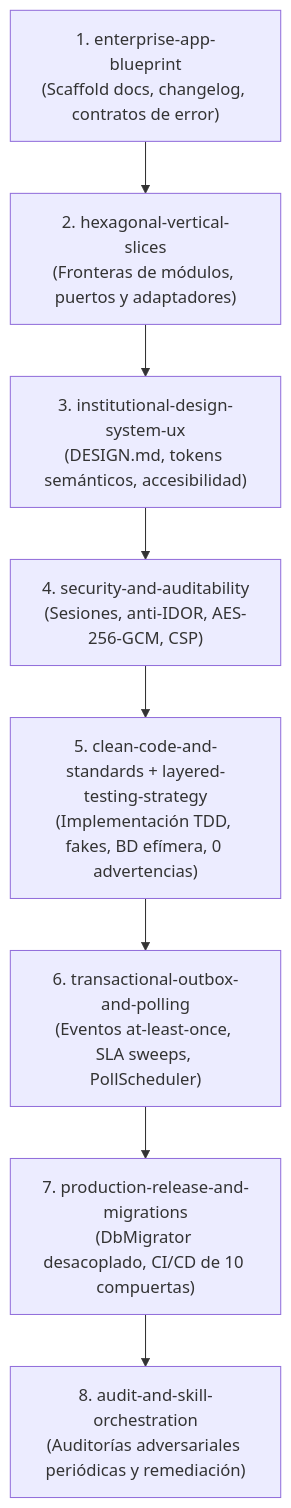
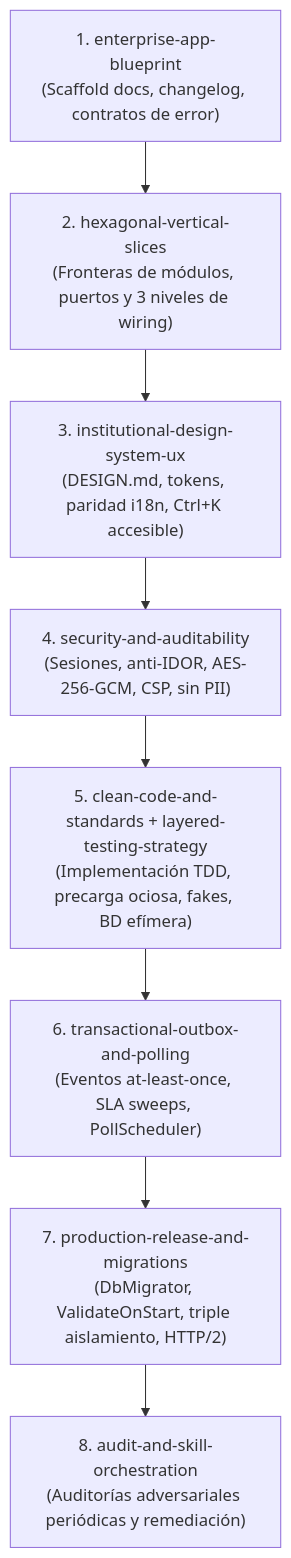
The diagram in README.md (CarlosGallardoA/Enterprise-application-software-EAS-), drawn with Mermaid before and after one commit. The commit also changed other lines of this file and 7 other files, not shown here.

````diff
--- a/README.md
+++ b/README.md
@@ -173,10 +192,10 @@
 ```mermaid
 flowchart TD
-    A["1. enterprise-app-blueprint<br/>(Scaffold docs, changelog, contratos de error)"] --> B["2. hexagonal-vertical-slices<br/>(Fronteras de módulos, puertos y adaptadores)"]
-    B --> C["3. institutional-design-system-ux<br/>(DESIGN.md, tokens semánticos, accesibilidad)"]
-    C --> D["4. security-and-auditability<br/>(Sesiones, anti-IDOR, AES-256-GCM, CSP)"]
-    D --> E["5. clean-code-and-standards + layered-testing-strategy<br/>(Implementación TDD, fakes, BD efímera, 0 advertencias)"]
+    A["1. enterprise-app-blueprint<br/>(Scaffold docs, changelog, contratos de error)"] --> B["2. hexagonal-vertical-slices<br/>(Fronteras de módulos, puertos y 3 niveles de wiring)"]
+    B --> C["3. institutional-design-system-ux<br/>(DESIGN.md, tokens, paridad i18n, Ctrl+K accesible)"]
+    C --> D["4. security-and-auditability<br/>(Sesiones, anti-IDOR, AES-256-GCM, CSP, sin PII)"]
+    D --> E["5. clean-code-and-standards + layered-testing-strategy<br/>(Implementación TDD, precarga ociosa, fakes, BD efímera)"]
     E --> F["6. transactional-outbox-and-polling<br/>(Eventos at-least-once, SLA sweeps, PollScheduler)"]
-    F --> G["7. production-release-and-migrations<br/>(DbMigrator desacoplado, CI/CD de 10 compuertas)"]
+    F --> G["7. production-release-and-migrations<br/>(DbMigrator, ValidateOnStart, triple aislamiento, HTTP/2)"]
     G --> H["8. audit-and-skill-orchestration<br/>(Auditorías adversariales periódicas y remediación)"]
 ```
````
